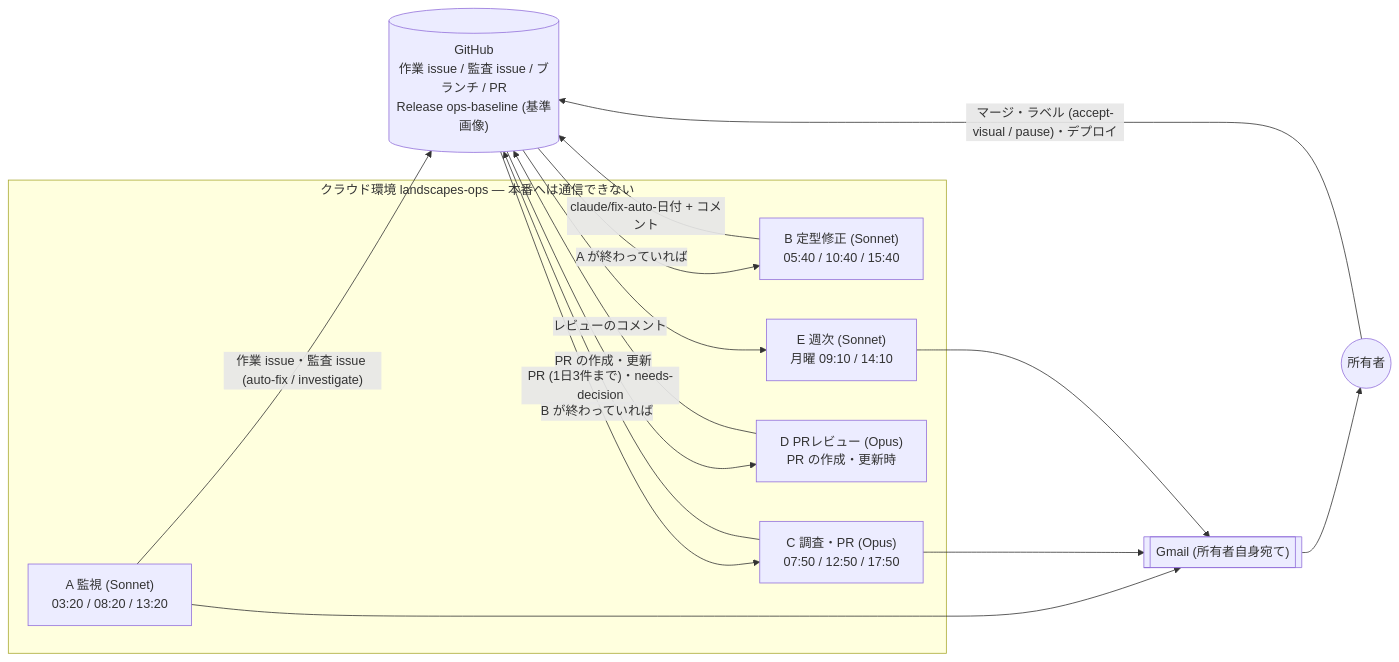
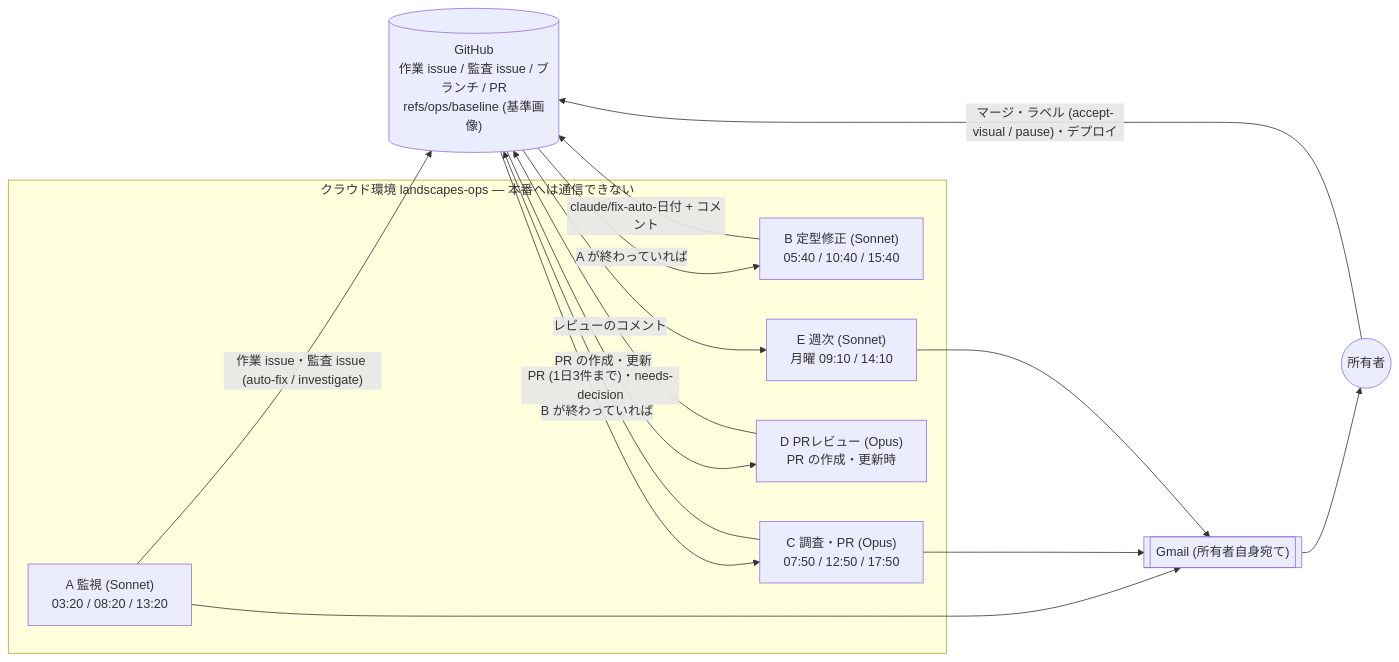
Before and after one commit to 3jmcndrh-source/landscapes-of-japan: the diagram in docs/ops/README.md, drawn with Mermaid. The commit also changed other lines of this file and 4 other files, not shown here.

First line of the commit message:
fix(運用): 基準画像の置き場所を Release から git の参照 refs/ops/baseline に変更

````diff
--- a/docs/ops/README.md
+++ b/docs/ops/README.md
@@ -8,24 +8,24 @@
 ```mermaid
 flowchart LR
   subgraph cloud[クラウド環境 landscapes-ops — 本番へは通信できない]
     A["A 監視 (Sonnet)<br/>03:20 / 08:20 / 13:20"]
     B["B 定型修正 (Sonnet)<br/>05:40 / 10:40 / 15:40"]
     C["C 調査・PR (Opus)<br/>07:50 / 12:50 / 17:50"]
     D["D PRレビュー (Opus)<br/>PR の作成・更新時"]
     E["E 週次 (Sonnet)<br/>月曜 09:10 / 14:10"]
   end
-  GH[("GitHub<br/>作業 issue / 監査 issue / ブランチ / PR<br/>Release ops-baseline (基準画像)")]
+  GH[("GitHub<br/>作業 issue / 監査 issue / ブランチ / PR<br/>refs/ops/baseline (基準画像)")]
   M[["Gmail (所有者自身宛て)"]]
   O(("所有者"))
   A -- "作業 issue・監査 issue (auto-fix / investigate)" --> GH
   GH -- "A が終わっていれば" --> B
   B -- "claude/fix-auto-日付 + コメント" --> GH
   GH -- "B が終わっていれば" --> C
   C -- "PR (1日3件まで)・needs-decision" --> GH
   GH -- "PR の作成・更新" --> D
   D -- "レビューのコメント" --> GH
   GH --> E
   A & C & E --> M
   M --> O
   O -- "マージ・ラベル (accept-visual / pause)・デプロイ" --> GH
 ```
````
